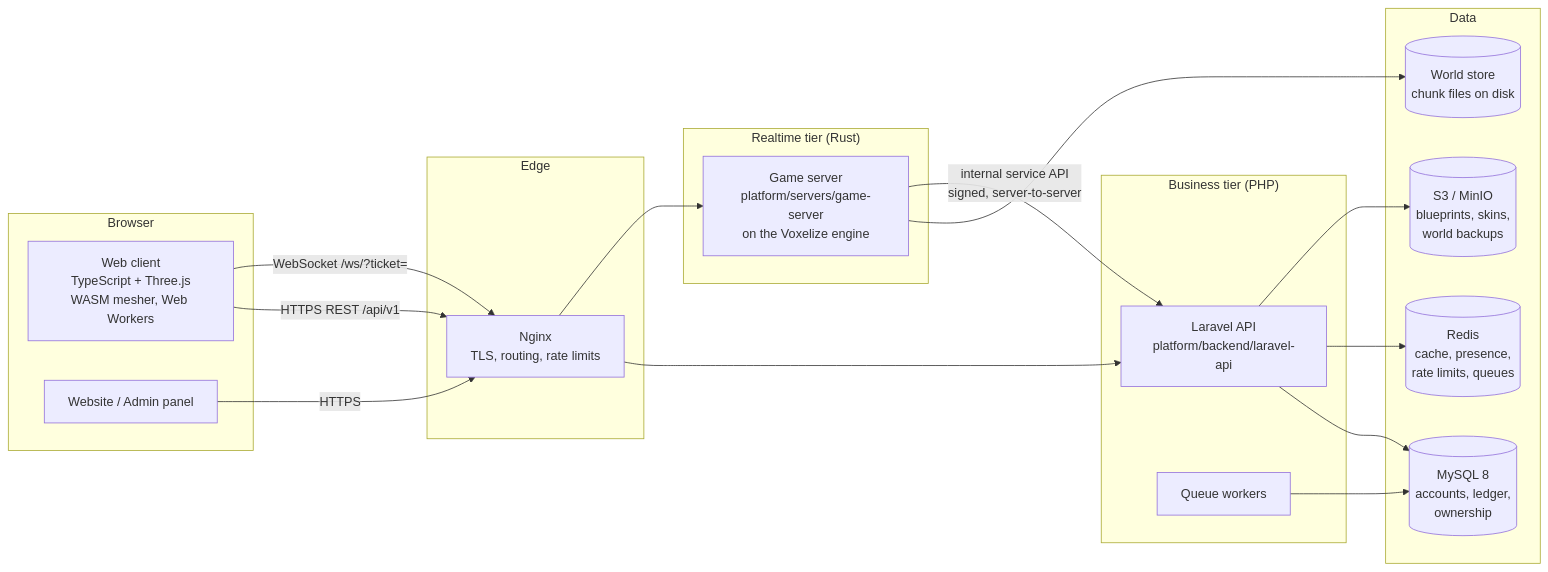
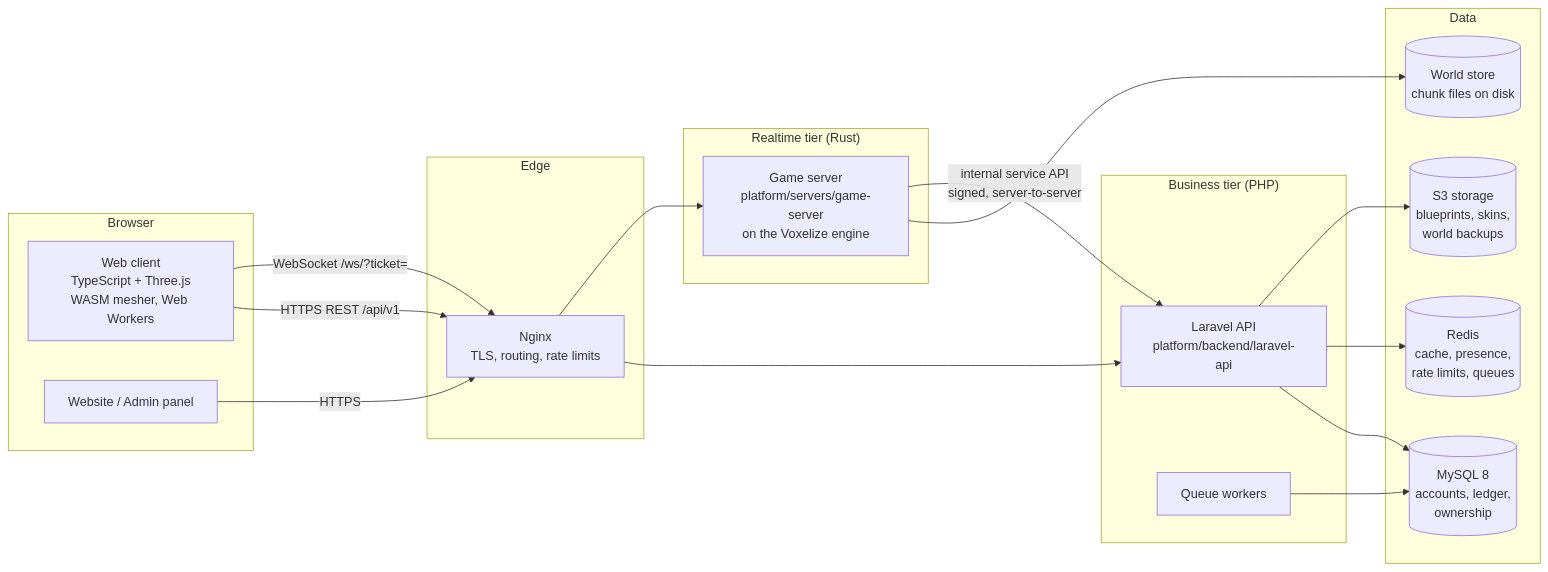
One commit to voxelize/voxelize changed the diagram in platform/docs/ARCHITECTURE.md. Above: the diagram before and after it, drawn with Mermaid. The commit also changed other lines of this file and 10 other files, not shown here.

First line of the commit message:
Object storage: SeaweedFS instead of the MinIO images that were taken down

````diff
--- a/platform/docs/ARCHITECTURE.md
+++ b/platform/docs/ARCHITECTURE.md
@@ -16,37 +16,37 @@
 ```mermaid
 flowchart LR
     subgraph Browser
         WC[Web client<br/>TypeScript + Three.js<br/>WASM mesher, Web Workers]
         WS[Website / Admin panel]
     end
 
     subgraph Edge
         NG[Nginx<br/>TLS, routing, rate limits]
     end
 
     subgraph Realtime["Realtime tier (Rust)"]
         GS[Game server<br/>platform/servers/game-server<br/>on the Voxelize engine]
     end
 
     subgraph Business["Business tier (PHP)"]
         API[Laravel API<br/>platform/backend/laravel-api]
         Q[Queue workers]
     end
 
     subgraph Data
         DB[(MySQL 8<br/>accounts, ledger,<br/>ownership)]
         RD[(Redis<br/>cache, presence,<br/>rate limits, queues)]
-        S3[(S3 / MinIO<br/>blueprints, skins,<br/>world backups)]
+        S3[(S3 storage<br/>blueprints, skins,<br/>world backups)]
         WD[(World store<br/>chunk files on disk)]
     end
 
     WC -- HTTPS REST /api/v1 --> NG --> API
     WS -- HTTPS --> NG
     WC -- WebSocket /ws/?ticket= --> NG --> GS
     API --> DB
     API --> RD
     API --> S3
     Q --> DB
     GS --> WD
     GS -- internal service API<br/>signed, server-to-server --> API
 ```
````
